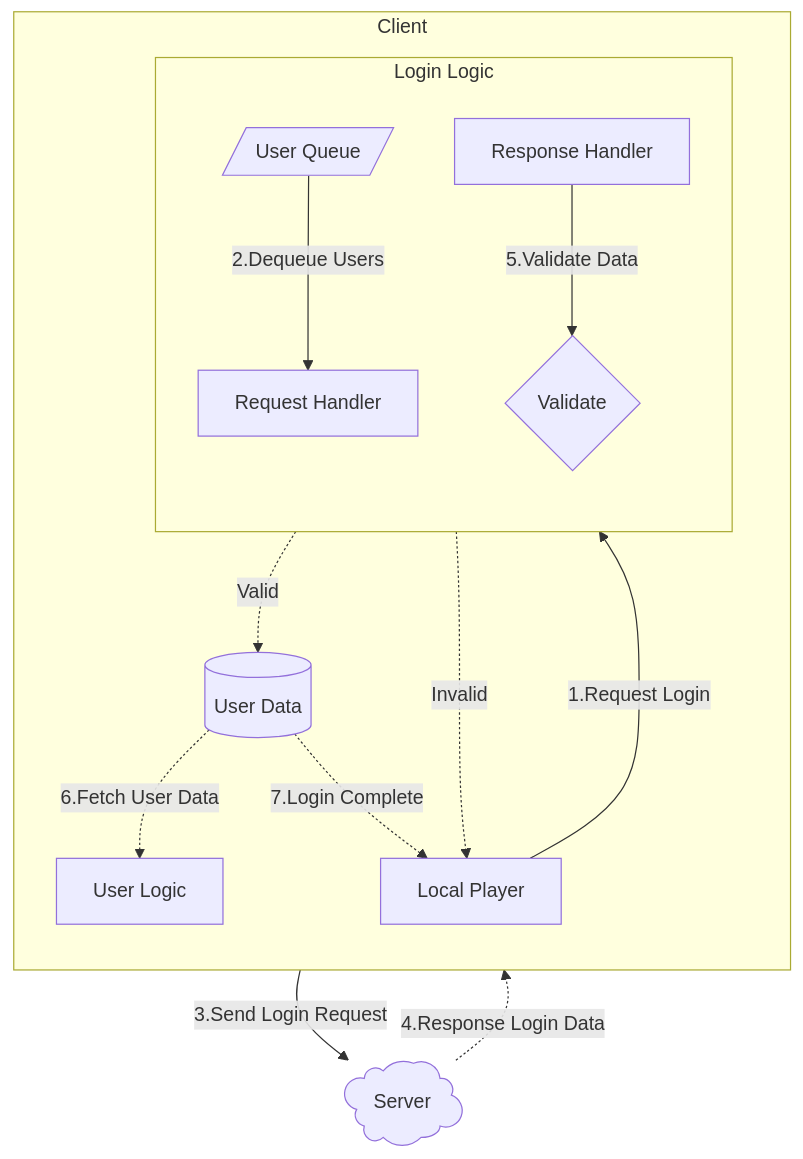
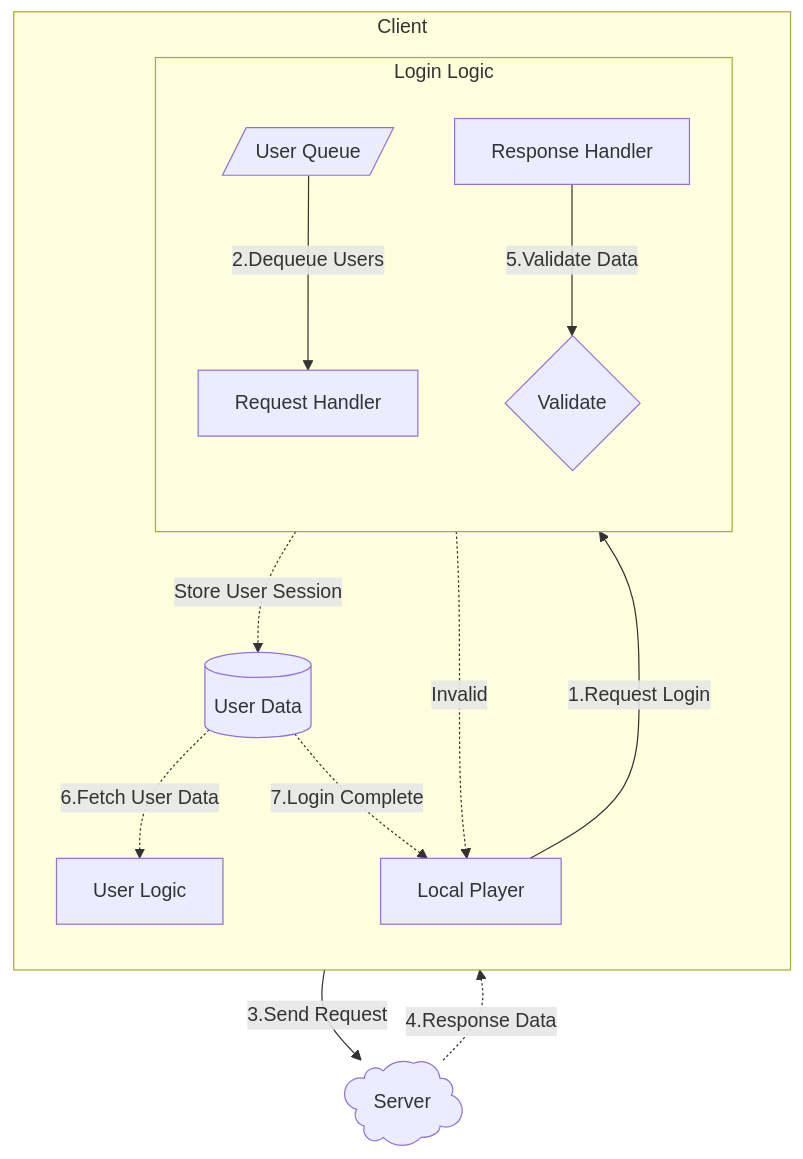
One commit to dek0058/MScannot206 changed the diagram in document/feature/login.md. Above: the diagram before and after it, drawn with Mermaid. The commit also changed other lines of this file, not shown here.

Commit message:
로그인 구조 rm수정

````diff
--- a/document/feature/login.md
+++ b/document/feature/login.md
@@ -17,31 +17,31 @@
 ```mermaid
 graph TD
     subgraph Client [Client]
         direction TB
         LocalPlayer@{ shape: rect, label: "Local Player"}
         
         subgraph LoginLogic_Area [Login Logic]
             direction TB
             UsersQueue@{ shape: lean-r, label: "User Queue"}
             RequestHandler@{ shape: rect, label: "Request Handler"}
             ResponseHandler@{ shape: rect, label: "Response Handler"}
-            ValidateLogin@{ shape: diamond, label: "Validate"}
+            Validate@{ shape: diamond, label: "Validate"}
         end
 
         UserLogic@{ shape: rect, label: "User Logic"}
         UserData@{ shape: database, label: "User Data"}
     end
 
     Server@{ shape: cloud, label: "Server"}
 
     LocalPlayer-->|1.Request Login|UsersQueue
     UsersQueue-->|2.Dequeue Users|RequestHandler
-    RequestHandler-->|3.Send Login Request|Server
-    Server-.->|4.Response Login Data|ResponseHandler
-    ResponseHandler-->|5.Validate Data|ValidateLogin
-    ValidateLogin-.->|Valid|UserData
-    ValidateLogin-.->|Invalid|LocalPlayer
+    RequestHandler-->|3.Send Request|Server
+    Server-.->|4.Response Data|ResponseHandler
+    ResponseHandler-->|5.Validate Data|Validate
+    Validate-.->|Store User Session|UserData
+    Validate-.->|Invalid|LocalPlayer
     UserData-.->|6.Fetch User Data|UserLogic
     UserData-.->|7.Login Complete|LocalPlayer
 
 ```
````
